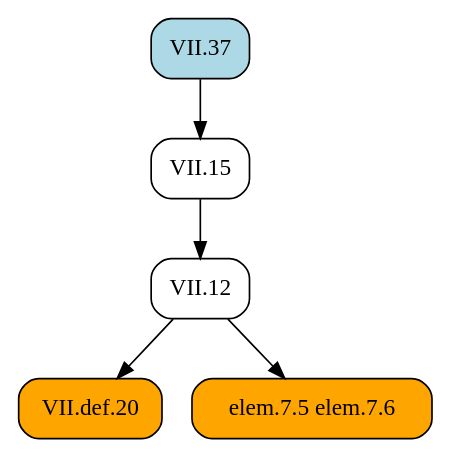
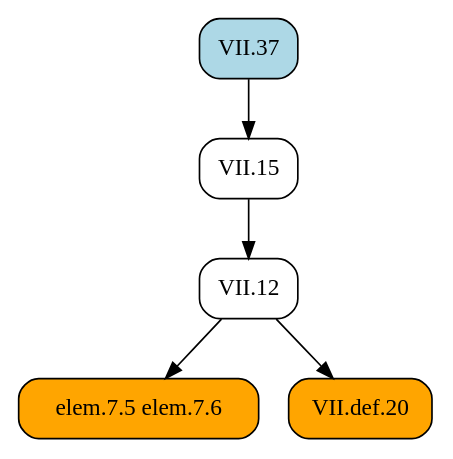
The diagram in docsrc/heath/VII/37/index.rst (geometor/elements), drawn with Graphviz before and after one commit. The commit also changed other lines of this file and 1029 other files, not shown here.

```diff
--- a/docsrc/heath/VII/37/index.rst
+++ b/docsrc/heath/VII/37/index.rst
@@ -32,15 +32,15 @@
 .. graphviz::
 
    digraph {
      rankdir="TB";
      node [shape=box, style=rounded];
-     "VII.def.20" [style="rounded,filled", fillcolor=orange, URL="/heath/VII/def.20/", target="_top"];
      "elem.7.5 elem.7.6" [style="rounded,filled", fillcolor=orange];
      "VII.37" [style="rounded,filled", fillcolor=lightblue, URL="/heath/VII/37/", target="_top"];
+     "VII.12" [URL="/heath/VII/12/", target="_top"];
      "VII.15" [URL="/heath/VII/15/", target="_top"];
-     "VII.12" [URL="/heath/VII/12/", target="_top"];
+     "VII.def.20" [style="rounded,filled", fillcolor=orange, URL="/heath/VII/def.20/", target="_top"];
+     "VII.12" -> "elem.7.5 elem.7.6";
+     "VII.15" -> "VII.12";
+     "VII.37" -> "VII.15";
      "VII.12" -> "VII.def.20";
-     "VII.12" -> "elem.7.5 elem.7.6";
-     "VII.37" -> "VII.15";
-     "VII.15" -> "VII.12";
    }
```
